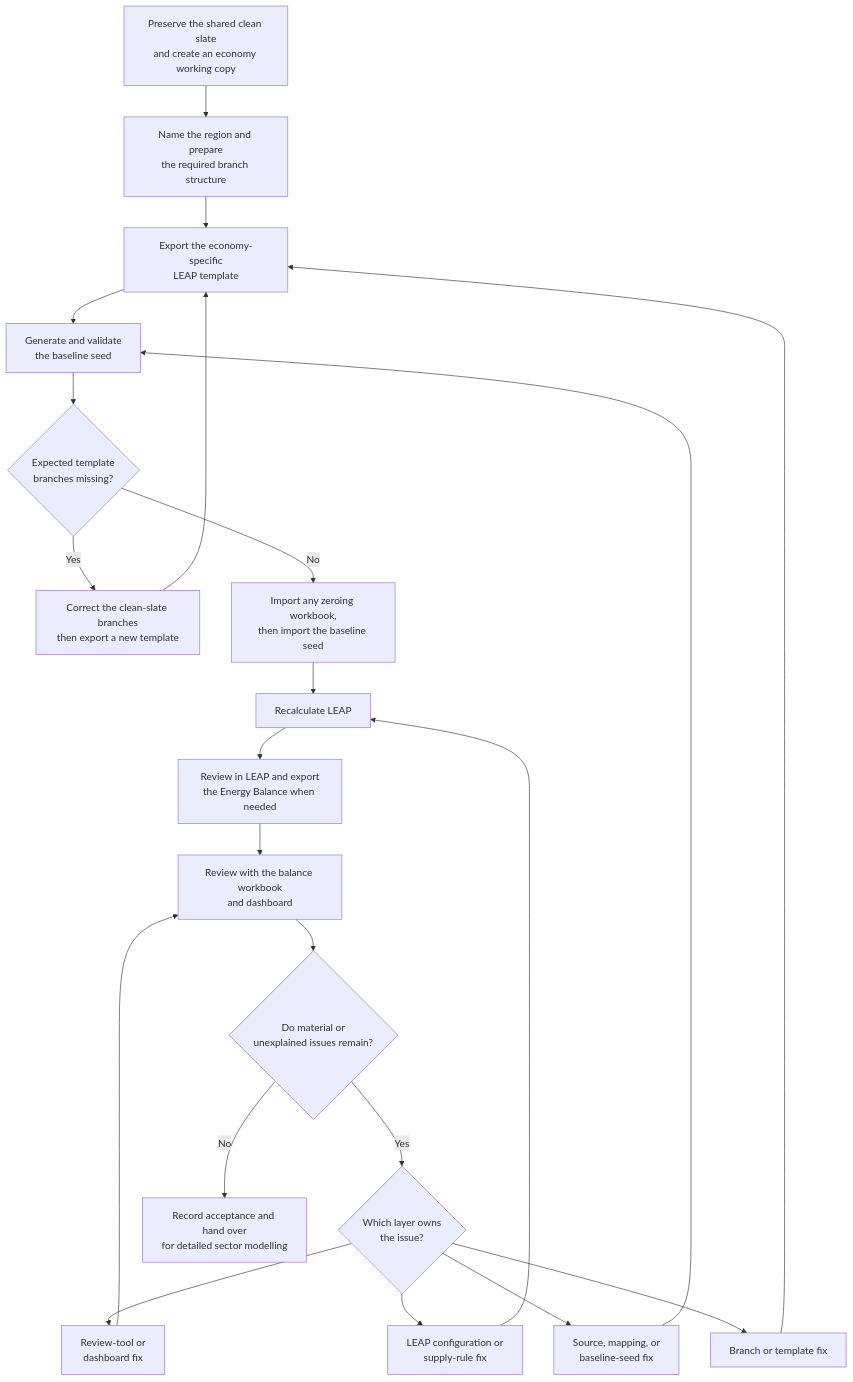
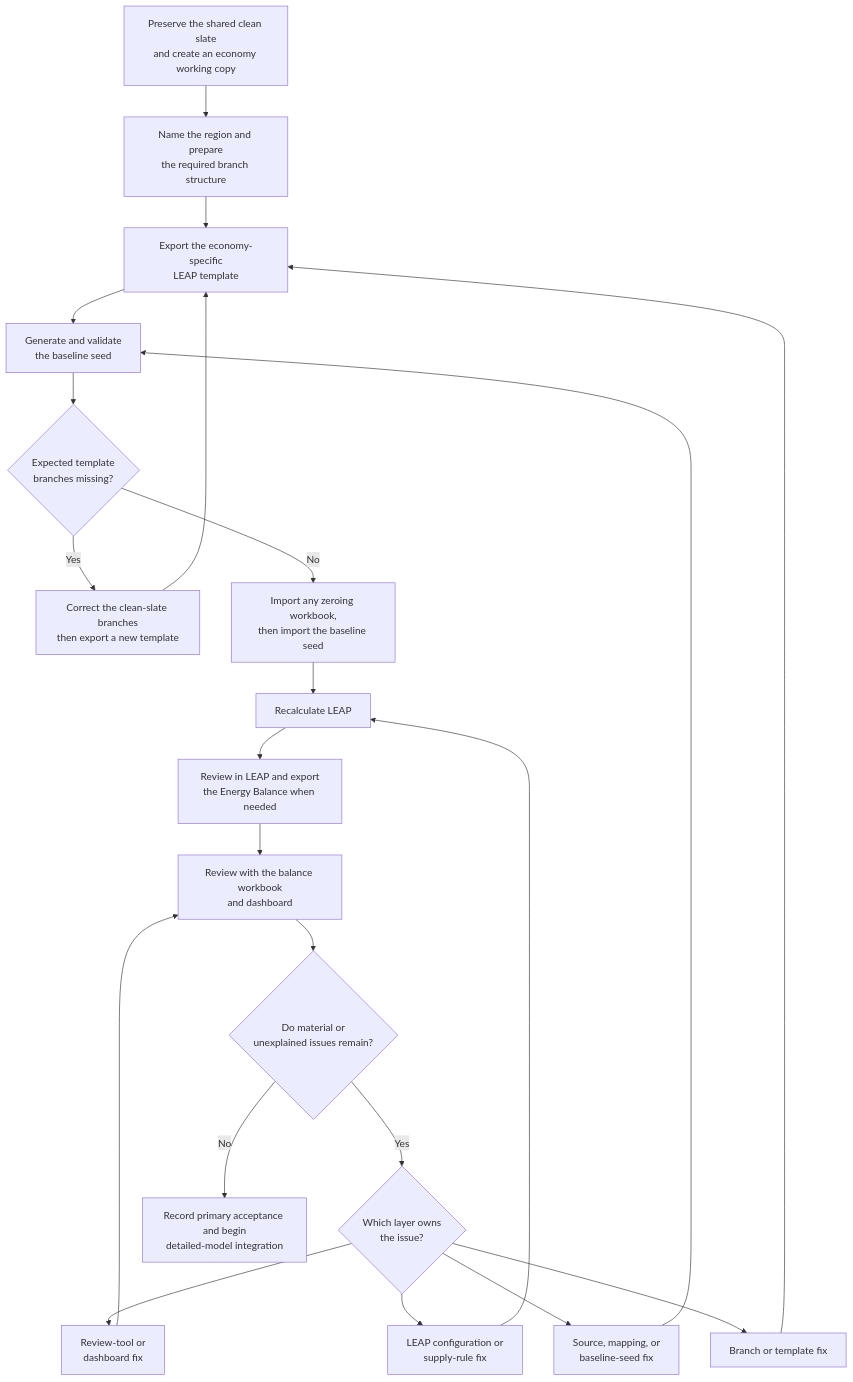
One commit to asia-pacific-energy-research-centre/leap_initialisation changed the second of 3 diagrams in docs/full_initialisation_guide.md. Above: the diagram before and after it, drawn with Mermaid. The commit also changed other lines of this file and 2 other files, not shown here.

First line of the commit message:
codex: add detailed model integration loop

````diff
--- a/docs/full_initialisation_guide.md
+++ b/docs/full_initialisation_guide.md
@@ -77,30 +103,30 @@
 ```mermaid
 flowchart TD
     A[Preserve the shared clean slate<br/>and create an economy working copy]
     B[Name the region and prepare<br/>the required branch structure]
     C[Export the economy-specific<br/>LEAP template]
     D[Generate and validate<br/>the baseline seed]
     E{Expected template<br/>branches missing?}
     F[Correct the clean-slate branches<br/>then export a new template]
     G[Import any zeroing workbook,<br/>then import the baseline seed]
     H[Recalculate LEAP]
     I[Review in LEAP and export<br/>the Energy Balance when needed]
     J[Review with the balance workbook<br/>and dashboard]
     K{Do material or<br/>unexplained issues remain?}
     L{Which layer owns<br/>the issue?}
     M[Branch or template fix]
     N[Source, mapping, or<br/>baseline-seed fix]
     O[LEAP configuration or<br/>supply-rule fix]
     P[Review-tool or<br/>dashboard fix]
-    Q[Record acceptance and hand over<br/>for detailed sector modelling]
+    Q[Record primary acceptance and begin<br/>detailed-model integration]
 
     A --> B --> C --> D --> E
     E -- Yes --> F --> C
     E -- No --> G --> H --> I --> J --> K
     K -- No --> Q
     K -- Yes --> L
     L --> M --> C
     L --> N --> D
     L --> O --> H
     L --> P --> J
 ```
````
